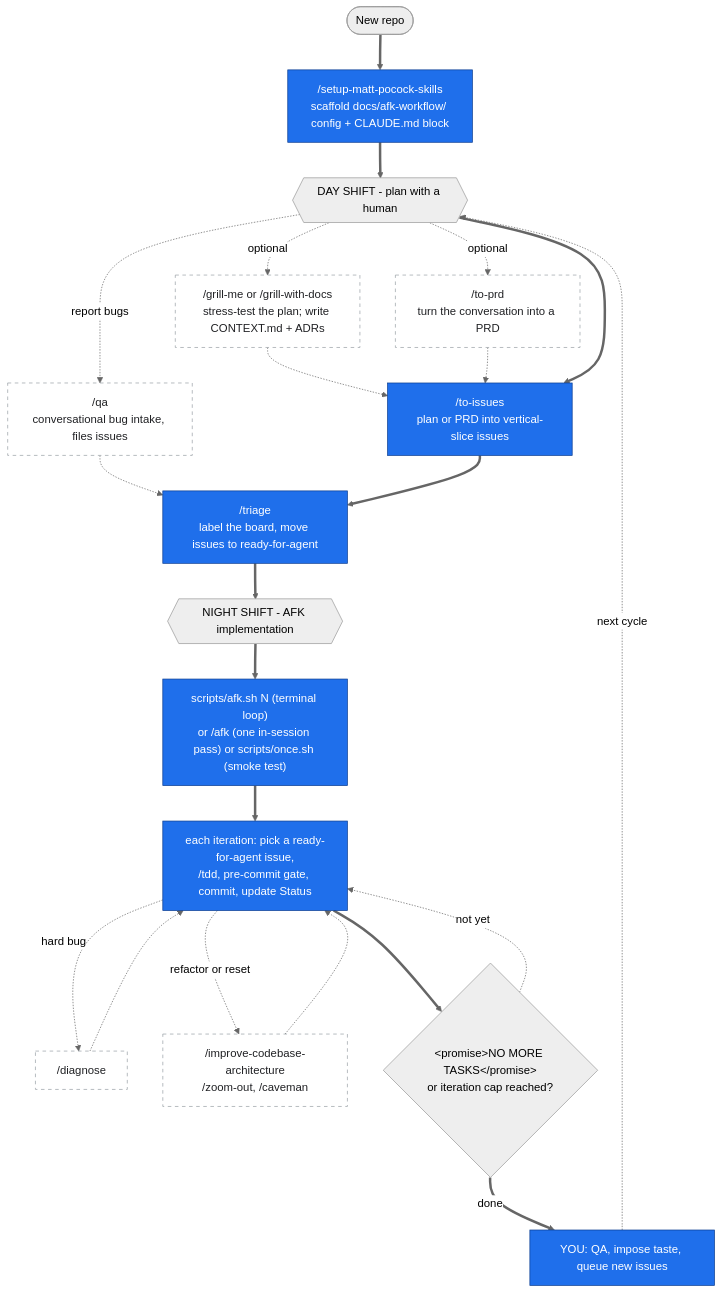
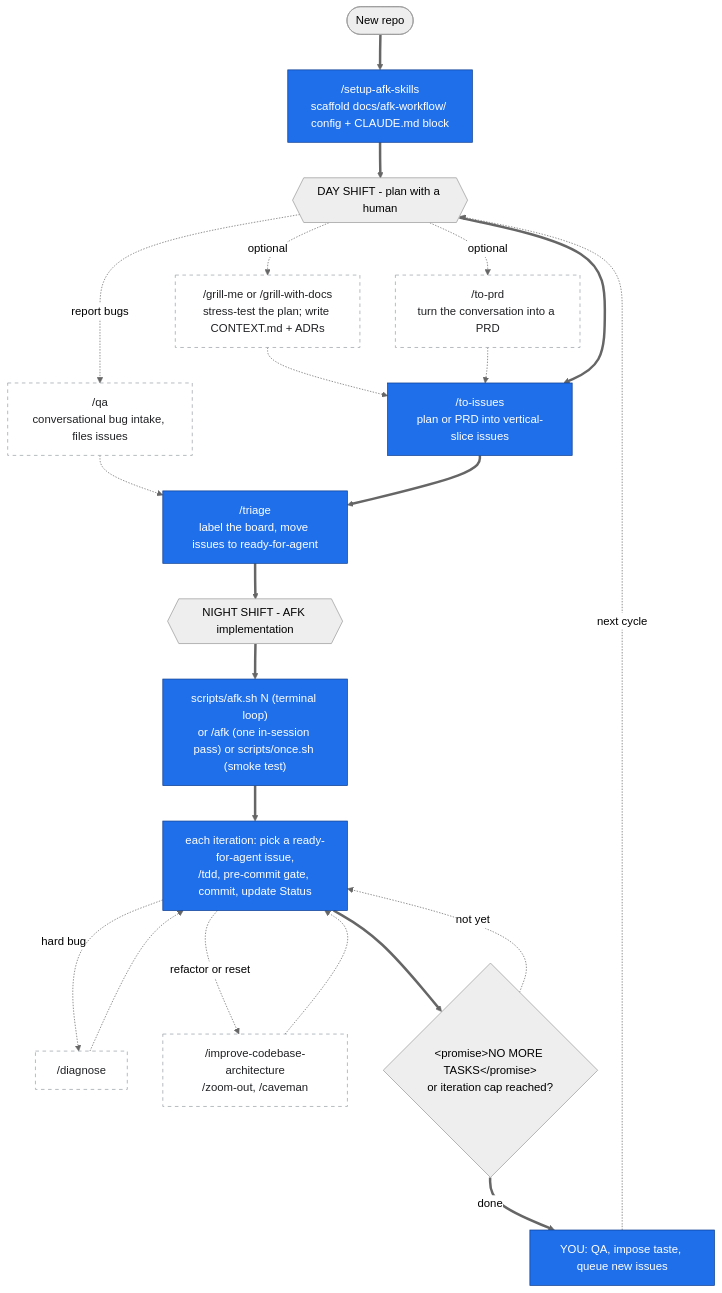
One commit to jspicher/afk-workflow changed the diagram in README.md. Above: the diagram before and after it, drawn with Mermaid (neutral theme). The commit also changed other lines of this file and 13 other files, not shown here.

Commit message:
Rename /setup-matt-pocock-skills -> /setup-afk-skills; bump 0.3.0

````diff
--- a/README.md
+++ b/README.md
@@ -26,32 +26,32 @@
 ```mermaid
 flowchart TD
-    A([New repo]) ==> B["/setup-matt-pocock-skills<br/>scaffold docs/afk-workflow/ config + CLAUDE.md block"]
+    A([New repo]) ==> B["/setup-afk-skills<br/>scaffold docs/afk-workflow/ config + CLAUDE.md block"]
 
     B ==> C{{"DAY SHIFT - plan with a human"}}
 
     C -. optional .-> D["/grill-me or /grill-with-docs<br/>stress-test the plan; write CONTEXT.md + ADRs"]
     C -. optional .-> E["/to-prd<br/>turn the conversation into a PRD"]
     C -. report bugs .-> F["/qa<br/>conversational bug intake, files issues"]
     D -.-> G
     E -.-> G
     C ==> G["/to-issues<br/>plan or PRD into vertical-slice issues"]
     F -.-> H
     G ==> H["/triage<br/>label the board, move issues to ready-for-agent"]
 
     H ==> I{{"NIGHT SHIFT - AFK implementation"}}
     I ==> J["scripts/afk.sh N (terminal loop)<br/>or /afk (one in-session pass) or scripts/once.sh (smoke test)"]
     J ==> K["each iteration: pick a ready-for-agent issue,<br/>/tdd, pre-commit gate, commit, update Status"]
     K -. hard bug .-> L["/diagnose"]
     K -. refactor or reset .-> M["/improve-codebase-architecture<br/>/zoom-out, /caveman"]
     L -.-> K
     M -.-> K
     K ==> N{"&lt;promise&gt;NO MORE TASKS&lt;/promise&gt;<br/>or iteration cap reached?"}
     N -. not yet .-> K
     N == done ==> O["YOU: QA, impose taste, queue new issues"]
     O -. next cycle .-> C
 
     classDef req fill:#1f6feb,stroke:#0b3d91,color:#ffffff;
     classDef opt fill:#ffffff,stroke:#9aa0a6,stroke-dasharray:5 5,color:#202124;
     class B,G,H,J,K,O req;
     class D,E,F,L,M opt;
 ```
````
